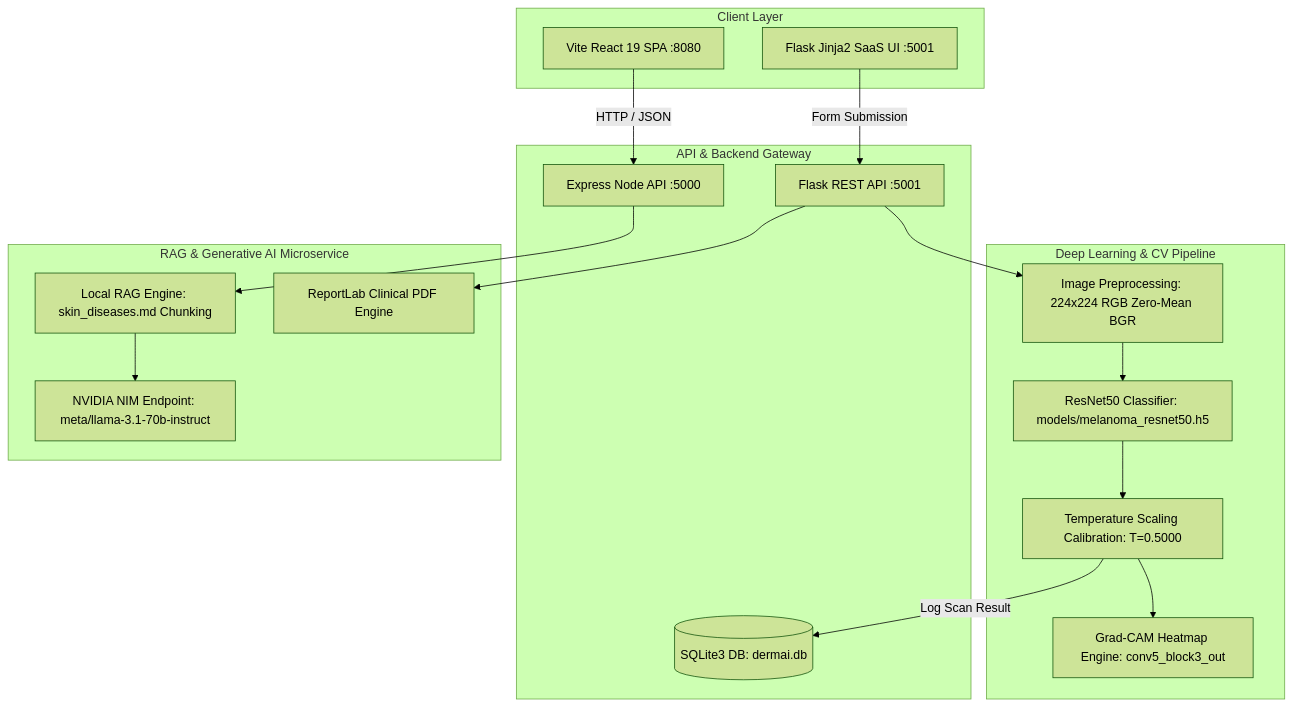
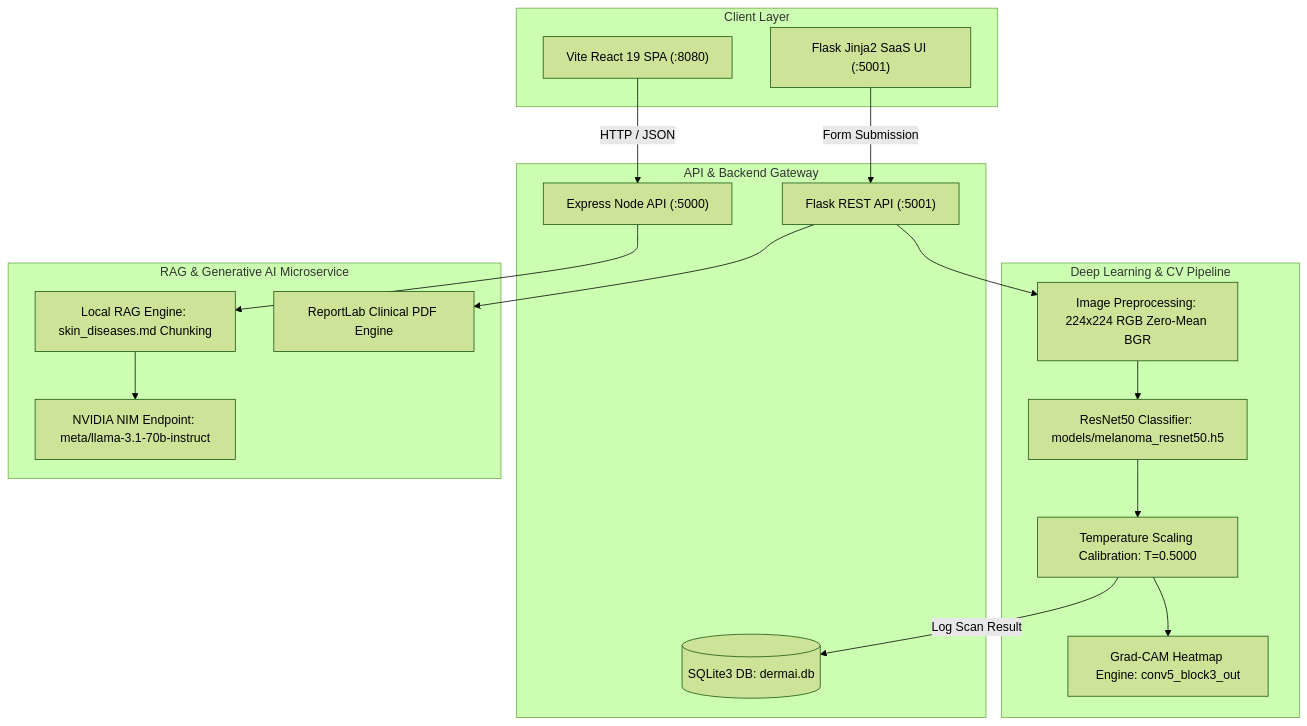
The first of 2 diagrams in README.md (vijaykumarm7540/DermAi), drawn with Mermaid (forest theme) before and after one commit.

Commit message:
fix(docs): Update Mermaid diagram syntax for GitHub rendering

````diff
--- a/README.md
+++ b/README.md
@@ -20,37 +20,37 @@
 ```mermaid
 graph TD
-    subgraph Client Layer
-        UI_SPA[Vite React 19 SPA :8080]
-        UI_JINJA[Flask Jinja2 SaaS UI :5001]
+    subgraph ClientLayer["Client Layer"]
+        UI_SPA["Vite React 19 SPA (:8080)"]
+        UI_JINJA["Flask Jinja2 SaaS UI (:5001)"]
     end
 
-    subgraph API & Backend Gateway
-        FLASK[Flask REST API :5001]
-        EXPRESS[Express Node API :5000]
-        DB[(SQLite3 DB: dermai.db)]
+    subgraph BackendGateway["API & Backend Gateway"]
+        FLASK["Flask REST API (:5001)"]
+        EXPRESS["Express Node API (:5000)"]
+        DB[("SQLite3 DB: dermai.db")]
     end
 
-    subgraph Deep Learning & CV Pipeline
-        PREP[Image Preprocessing: 224x224 RGB Zero-Mean BGR]
-        MODEL[ResNet50 Classifier: models/melanoma_resnet50.h5]
-        CALIB[Temperature Scaling Calibration: T=0.5000]
-        XAI[Grad-CAM Heatmap Engine: conv5_block3_out]
+    subgraph Pipeline["Deep Learning & CV Pipeline"]
+        PREP["Image Preprocessing: 224x224 RGB Zero-Mean BGR"]
+        MODEL["ResNet50 Classifier: models/melanoma_resnet50.h5"]
+        CALIB["Temperature Scaling Calibration: T=0.5000"]
+        XAI["Grad-CAM Heatmap Engine: conv5_block3_out"]
     end
 
-    subgraph RAG & Generative AI Microservice
-        RAG[Local RAG Engine: skin_diseases.md Chunking]
-        NIM[NVIDIA NIM Endpoint: meta/llama-3.1-70b-instruct]
-        PDF[ReportLab Clinical PDF Engine]
+    subgraph Microservice["RAG & Generative AI Microservice"]
+        RAG["Local RAG Engine: skin_diseases.md Chunking"]
+        NIM["NVIDIA NIM Endpoint: meta/llama-3.1-70b-instruct"]
+        PDF["ReportLab Clinical PDF Engine"]
     end
 
     UI_SPA -->|HTTP / JSON| EXPRESS
     UI_JINJA -->|Form Submission| FLASK
     FLASK --> PREP
     PREP --> MODEL
     MODEL --> CALIB
     CALIB --> XAI
     CALIB -->|Log Scan Result| DB
     EXPRESS --> RAG
     RAG --> NIM
     FLASK --> PDF
 ```
````
